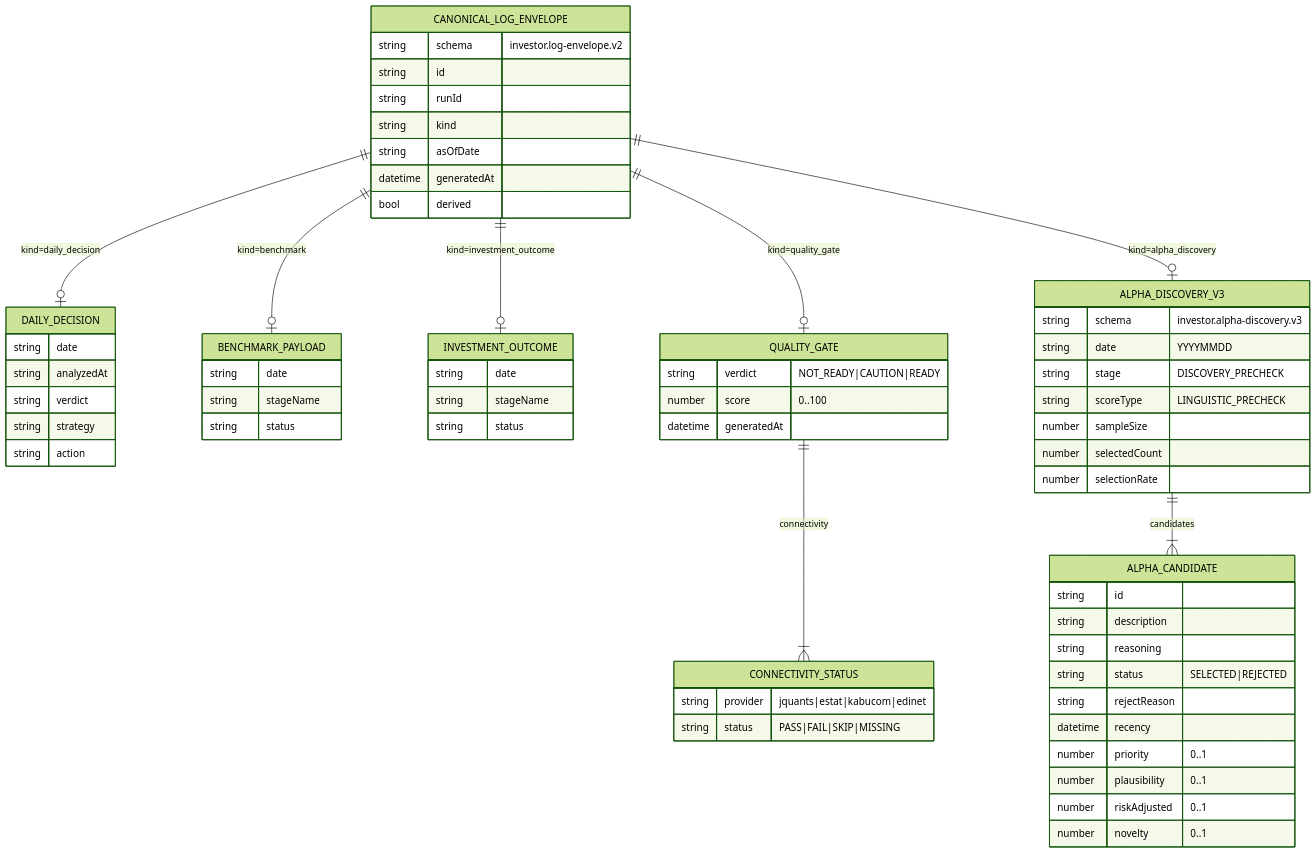
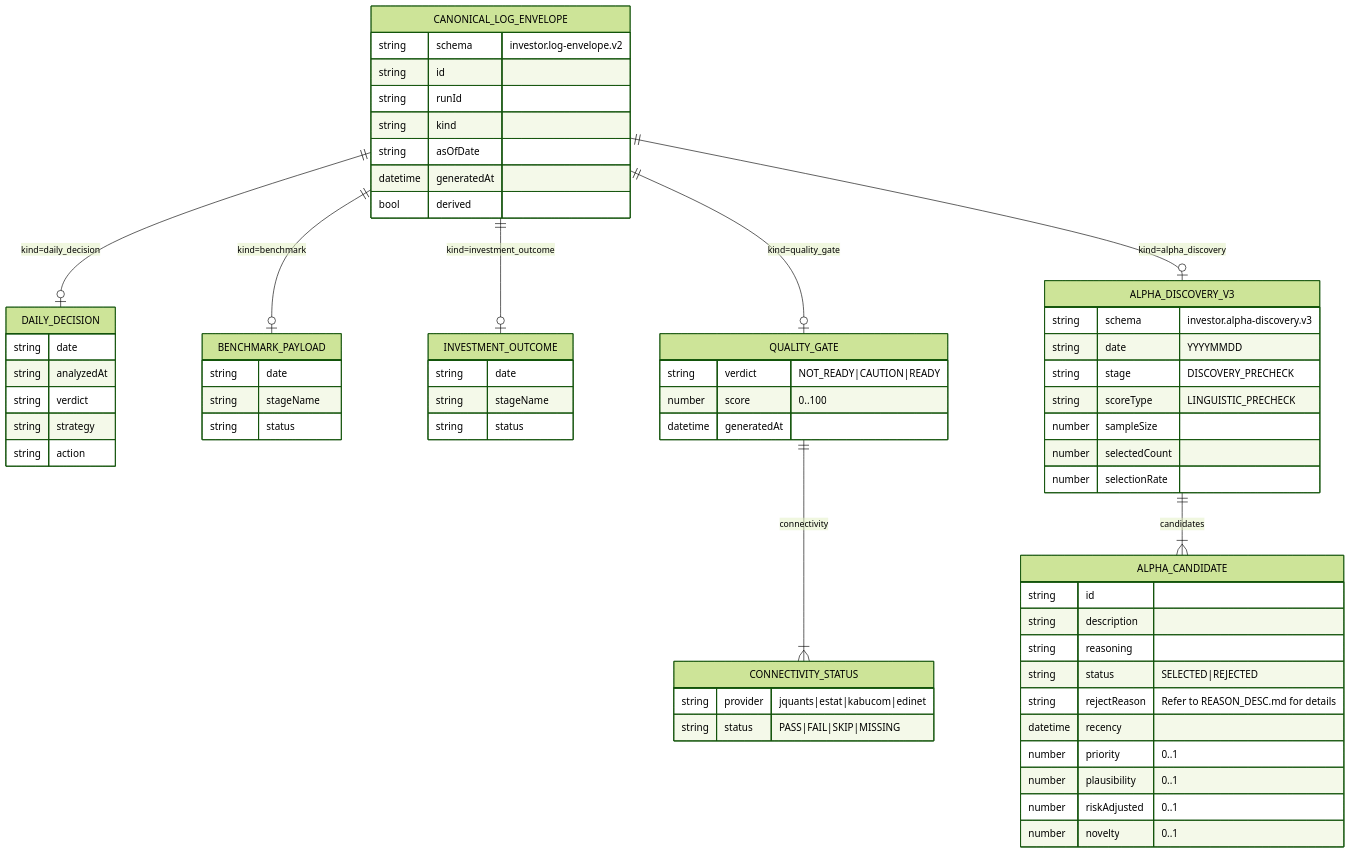
The fourth of 5 diagrams in docs/specs/Frontend.md (KAFKA2306/investor), drawn with Mermaid (forest theme) before and after one commit. The commit also changed other lines of this file and 37 other files, not shown here.

````diff
--- a/docs/specs/Frontend.md
+++ b/docs/specs/Frontend.md
@@ -169,75 +167,75 @@
 ```mermaid
 erDiagram
     CANONICAL_LOG_ENVELOPE {
       string schema "investor.log-envelope.v2"
       string id
       string runId
       string kind
       string asOfDate
       datetime generatedAt
       bool derived
     }
 
     DAILY_DECISION {
       string date
       string analyzedAt
       string verdict
       string strategy
       string action
     }
 
     BENCHMARK_PAYLOAD {
       string date
       string stageName
       string status
     }
 
     INVESTMENT_OUTCOME {
       string date
       string stageName
       string status
     }
 
     QUALITY_GATE {
       string verdict "NOT_READY|CAUTION|READY"
       number score "0..100"
       datetime generatedAt
     }
 
     CONNECTIVITY_STATUS {
       string provider "jquants|estat|kabucom|edinet"
       string status "PASS|FAIL|SKIP|MISSING"
     }
 
     ALPHA_DISCOVERY_V3 {
       string schema "investor.alpha-discovery.v3"
       string date "YYYYMMDD"
       string stage "DISCOVERY_PRECHECK"
       string scoreType "LINGUISTIC_PRECHECK"
       number sampleSize
       number selectedCount
       number selectionRate
     }
 
     ALPHA_CANDIDATE {
       string id
       string description
       string reasoning
       string status "SELECTED|REJECTED"
-      string rejectReason
+      string rejectReason "Refer to REASON_DESC.md for details"
       datetime recency
       number priority "0..1"
       number plausibility "0..1"
       number riskAdjusted "0..1"
       number novelty "0..1"
     }
 
     CANONICAL_LOG_ENVELOPE ||--o| DAILY_DECISION : "kind=daily_decision"
     CANONICAL_LOG_ENVELOPE ||--o| BENCHMARK_PAYLOAD : "kind=benchmark"
     CANONICAL_LOG_ENVELOPE ||--o| INVESTMENT_OUTCOME : "kind=investment_outcome"
     CANONICAL_LOG_ENVELOPE ||--o| QUALITY_GATE : "kind=quality_gate"
     CANONICAL_LOG_ENVELOPE ||--o| ALPHA_DISCOVERY_V3 : "kind=alpha_discovery"
 
     QUALITY_GATE ||--|{ CONNECTIVITY_STATUS : "connectivity"
     ALPHA_DISCOVERY_V3 ||--|{ ALPHA_CANDIDATE : "candidates"
 ```
````
